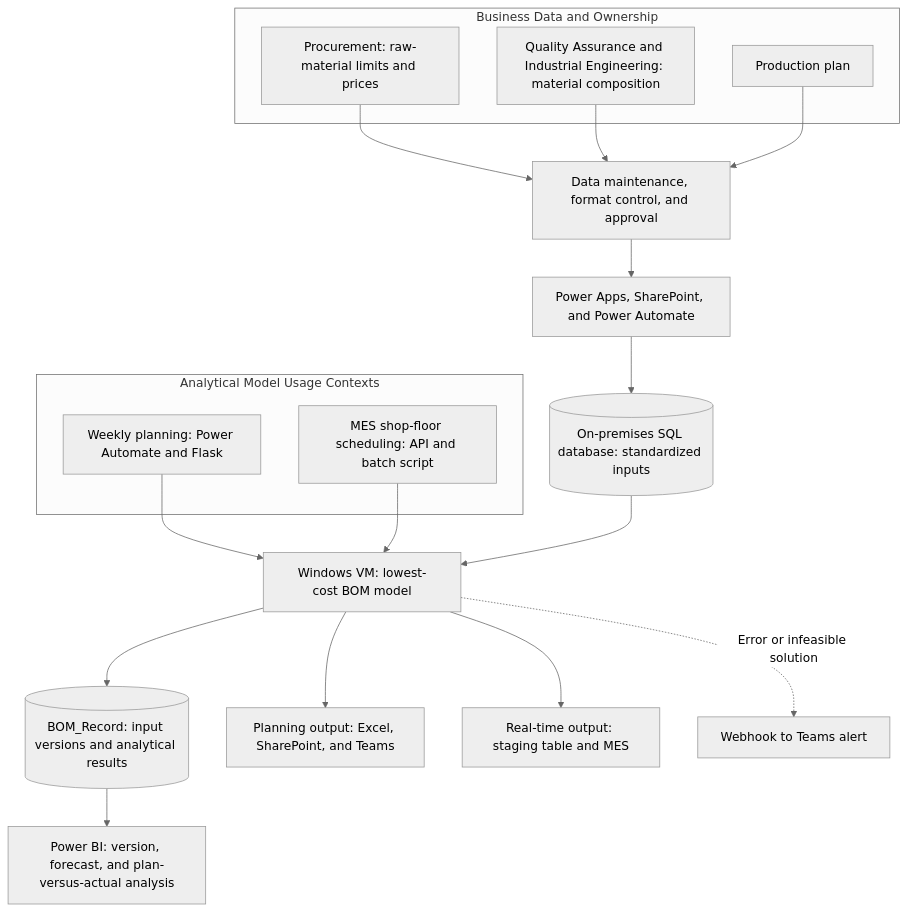
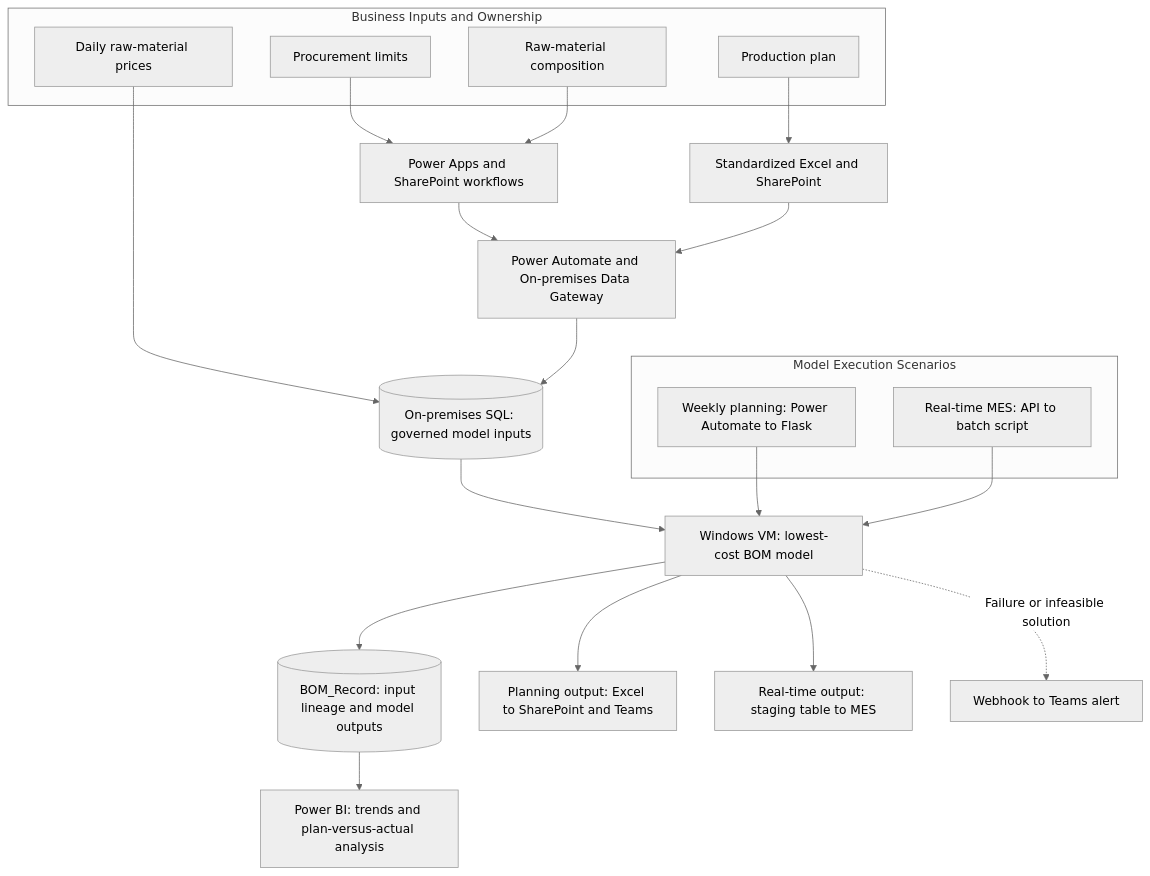
One commit to ChienChienChien/BOM_Management_Platform changed the diagram in README.md. Above: the diagram before and after it, drawn with Mermaid (neutral theme). The commit also changed other lines of this file, not shown here.

Commit message:
Rewrite English case study in native business style

````diff
--- a/README.md
+++ b/README.md
@@ -65,29 +67,32 @@
 ```mermaid
 flowchart TB
-    subgraph Source[Business Data and Ownership]
-        A[Procurement: raw-material limits and prices]
-        B[Quality Assurance and Industrial Engineering: material composition]
-        C[Production plan]
+    subgraph Inputs[Business Inputs and Ownership]
+        A[Procurement limits]
+        B[Raw-material composition]
+        C[Daily raw-material prices]
+        D[Production plan]
     end
 
-    A --> D[Data maintenance, format control, and approval]
-    B --> D
-    C --> D
-    D --> E[Power Apps, SharePoint, and Power Automate]
-    E --> F[(On-premises SQL database: standardized inputs)]
+    A --> E[Power Apps and SharePoint workflows]
+    B --> E
+    D --> F[Standardized Excel and SharePoint]
+    E --> G[Power Automate and On-premises Data Gateway]
+    F --> G
+    C --> H[(On-premises SQL: governed model inputs)]
+    G --> H
 
-    subgraph UseCase[Analytical Model Usage Contexts]
-        G[Weekly planning: Power Automate and Flask]
-        H[MES shop-floor scheduling: API and batch script]
+    subgraph Scenarios[Model Execution Scenarios]
+        I[Weekly planning: Power Automate to Flask]
+        J[Real-time MES: API to batch script]
     end
 
-    G --> I[Windows VM: lowest-cost BOM model]
-    H --> I
-    F --> I
+    H --> K[Windows VM: lowest-cost BOM model]
+    I --> K
+    J --> K
 
-    I --> J[(BOM_Record: input versions and analytical results)]
-    I --> K[Planning output: Excel, SharePoint, and Teams]
-    I --> L[Real-time output: staging table and MES]
-    J --> M[Power BI: version, forecast, and plan-versus-actual analysis]
-    I -. Error or infeasible solution .-> N[Webhook to Teams alert]
+    K --> L[(BOM_Record: input lineage and model outputs)]
+    K --> M[Planning output: Excel to SharePoint and Teams]
+    K --> N[Real-time output: staging table to MES]
+    L --> O[Power BI: trends and plan-versus-actual analysis]
+    K -. Failure or infeasible solution .-> P[Webhook to Teams alert]
 ```
````
